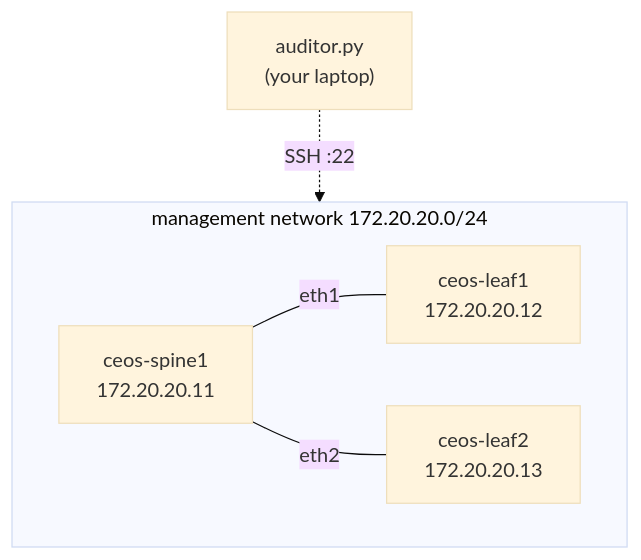
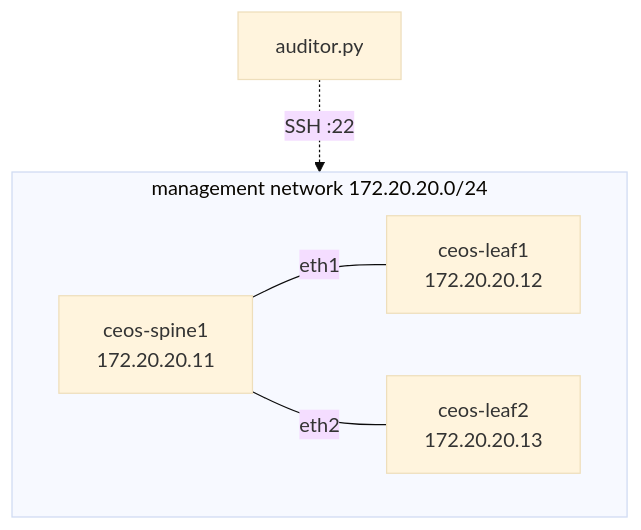
One commit to hanksqt/Network-Config-Compliance-Auditor changed the diagram in README.md. Above: the diagram before and after it, drawn with Mermaid (base theme). The commit also changed other lines of this file and 1 other file, not shown here.

````diff
--- a/README.md
+++ b/README.md
@@ -25,13 +24,13 @@
 ```mermaid
 graph TD
-    A["auditor.py<br/>(your laptop)"] -.->|SSH :22| MGMT
+    A["auditor.py"] -.->|SSH :22| MGMT
 
     subgraph MGMT["management network 172.20.20.0/24"]
         S1["ceos-spine1<br/>172.20.20.11"]
         L1["ceos-leaf1<br/>172.20.20.12"]
         L2["ceos-leaf2<br/>172.20.20.13"]
     end
 
     S1 ---|eth1| L1
     S1 ---|eth2| L2
 ```
````
